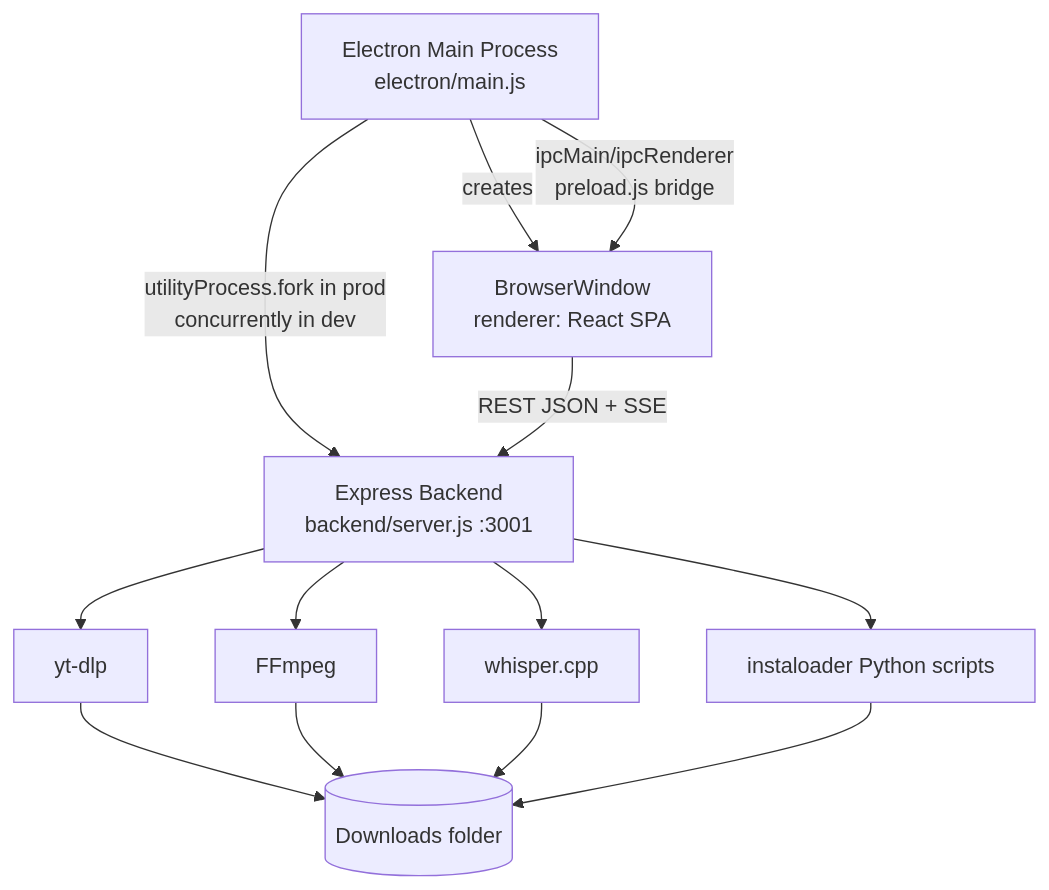
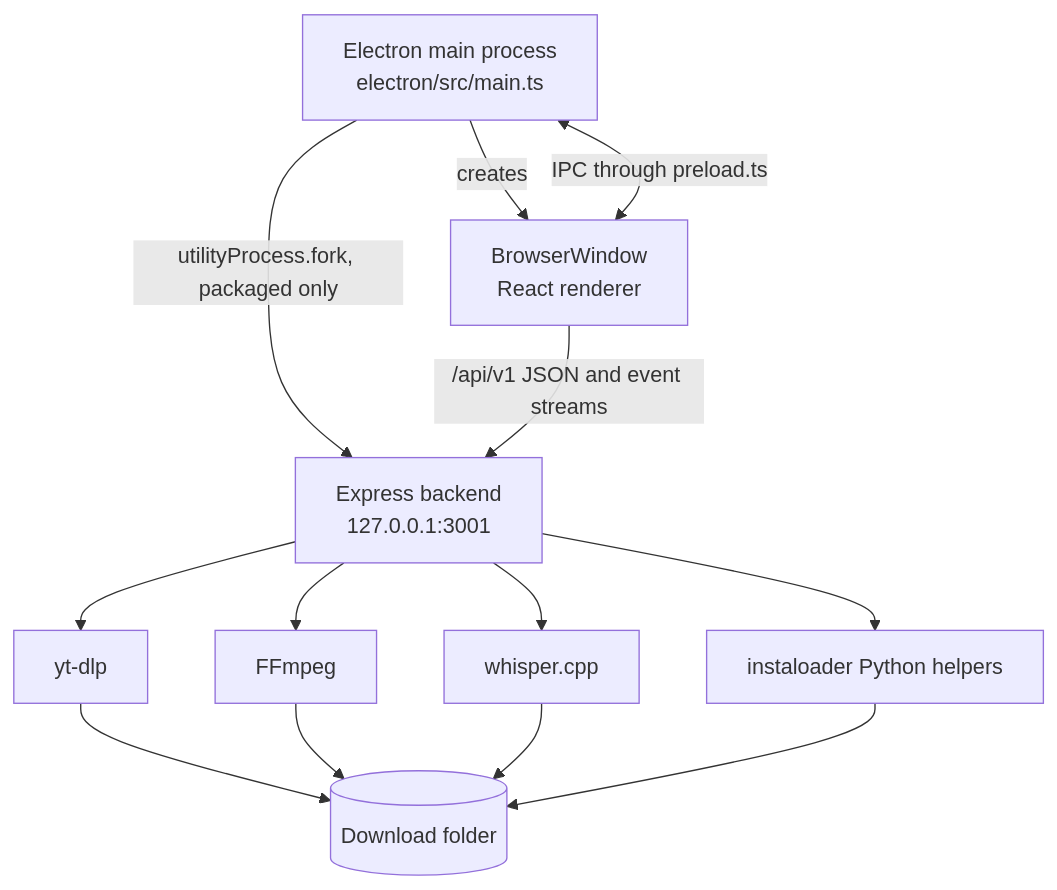
The diagram in docs/architecture/OVERVIEW.md (spacesdrive/kinetube), drawn with Mermaid before and after one commit. The commit also changed other lines of this file and 26 other files, not shown here.

````diff
--- a/docs/architecture/OVERVIEW.md
+++ b/docs/architecture/OVERVIEW.md
@@ -7,15 +7,15 @@
 ```mermaid
 flowchart TD
-    A[Electron Main Process<br/>electron/main.js] -->|creates| B[BrowserWindow<br/>renderer: React SPA]
-    A -->|utilityProcess.fork in prod<br/>concurrently in dev| C[Express Backend<br/>backend/server.js :3001]
-    B -->|REST JSON + SSE| C
-    A -->|ipcMain/ipcRenderer<br/>preload.js bridge| B
+    A[Electron main process<br/>electron/src/main.ts] -->|creates| B[BrowserWindow<br/>React renderer]
+    A -->|utilityProcess.fork, packaged only| C[Express backend<br/>127.0.0.1:3001]
+    B -->|/api/v1 JSON and event streams| C
+    A <-->|IPC through preload.ts| B
     C --> D[yt-dlp]
     C --> E[FFmpeg]
     C --> F[whisper.cpp]
-    C --> G[instaloader Python scripts]
-    D --> H[(Downloads folder)]
+    C --> G[instaloader Python helpers]
+    D --> H[(Download folder)]
     E --> H
     F --> H
     G --> H
 ```
````
